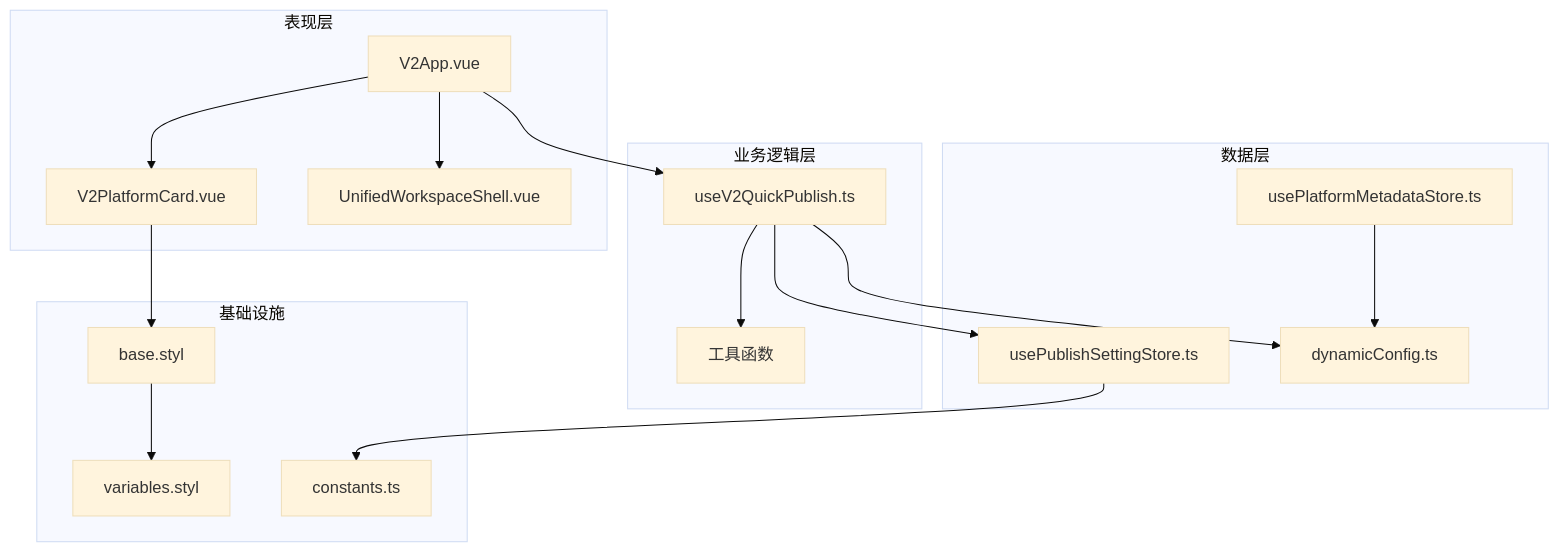
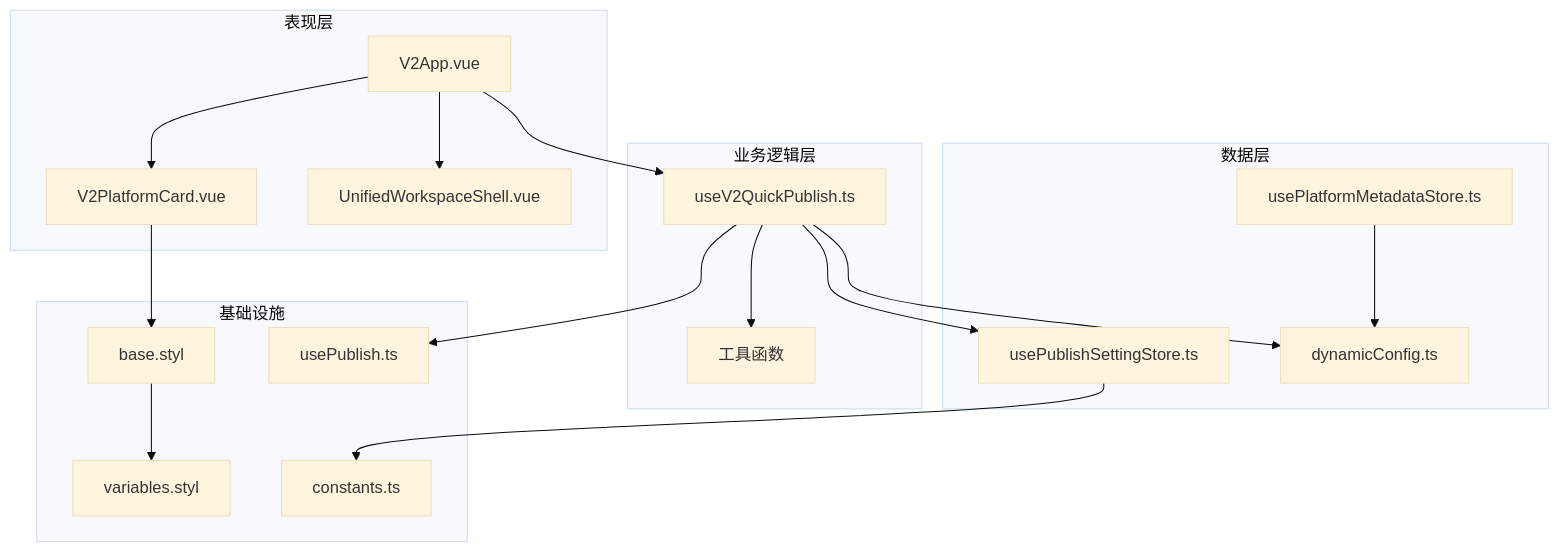
One commit to terwer/siyuan-plugin-publisher changed the second of 12 diagrams in .qoder/repowiki/zh/content/用户界面组件/发布组件/V2 平台卡片组件.md. Above: the diagram before and after it, drawn with Mermaid (base theme). The commit also changed other lines of this file and 16 other files, not shown here.

````diff
--- a/.qoder/repowiki/zh/content/用户界面组件/发布组件/V2 平台卡片组件.md
+++ b/.qoder/repowiki/zh/content/用户界面组件/发布组件/V2 平台卡片组件.md
@@ -129,32 +143,34 @@
 ```mermaid
 graph TD
 subgraph "表现层"
 Card[V2PlatformCard.vue]
 App[V2App.vue]
 Shell[UnifiedWorkspaceShell.vue]
 end
 subgraph "业务逻辑层"
 Composable[useV2QuickPublish.ts]
 Utils[工具函数]
 end
 subgraph "数据层"
 Store[usePublishSettingStore.ts]
 Config[dynamicConfig.ts]
 Meta[usePlatformMetadataStore.ts]
 end
 subgraph "基础设施"
 Styles[base.styl]
 Variables[variables.styl]
 Constants[constants.ts]
+Publish[usePublish.ts]
 end
 App --> Card
 App --> Shell
 App --> Composable
 Composable --> Store
 Composable --> Config
 Composable --> Utils
+Composable --> Publish
 Card --> Styles
 Styles --> Variables
 Store --> Constants
 Meta --> Config
 ```
````
